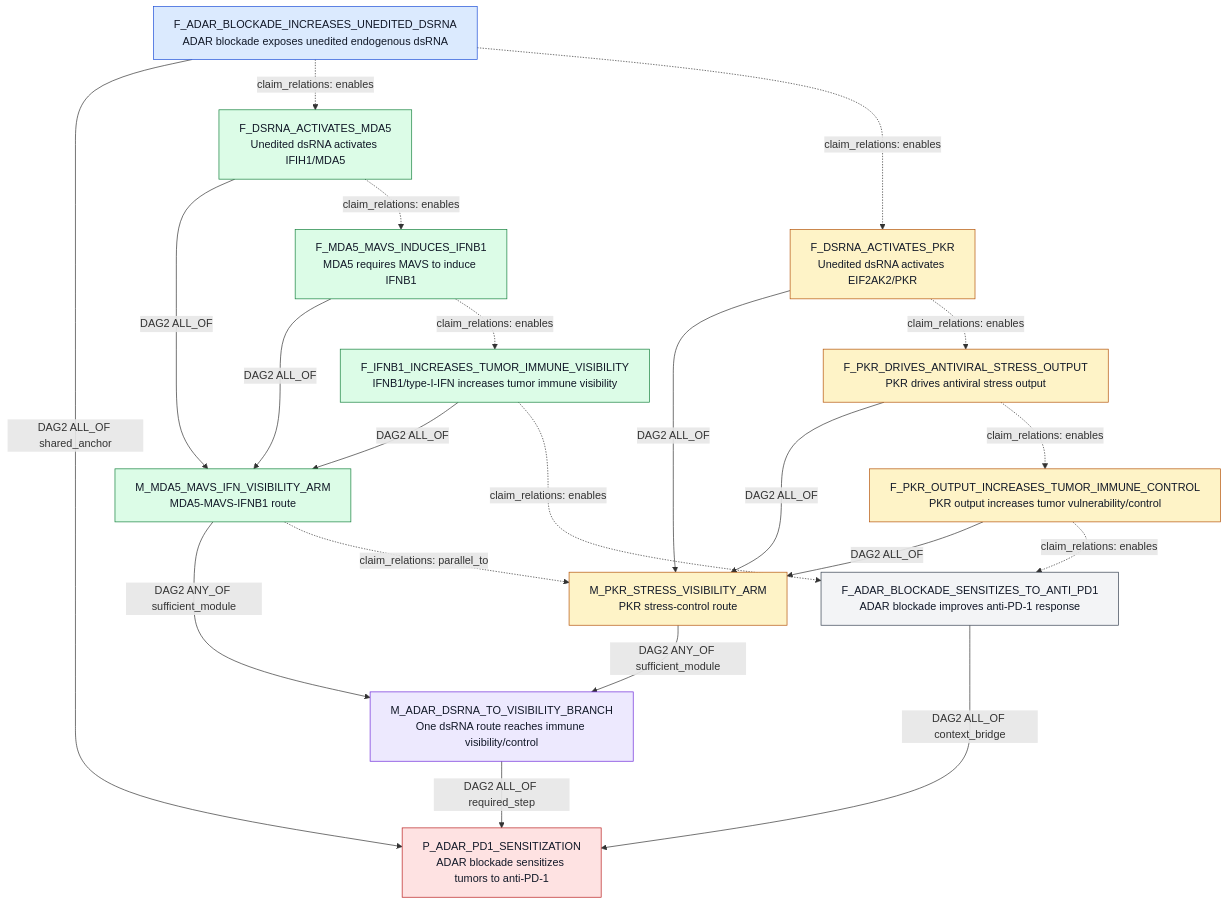
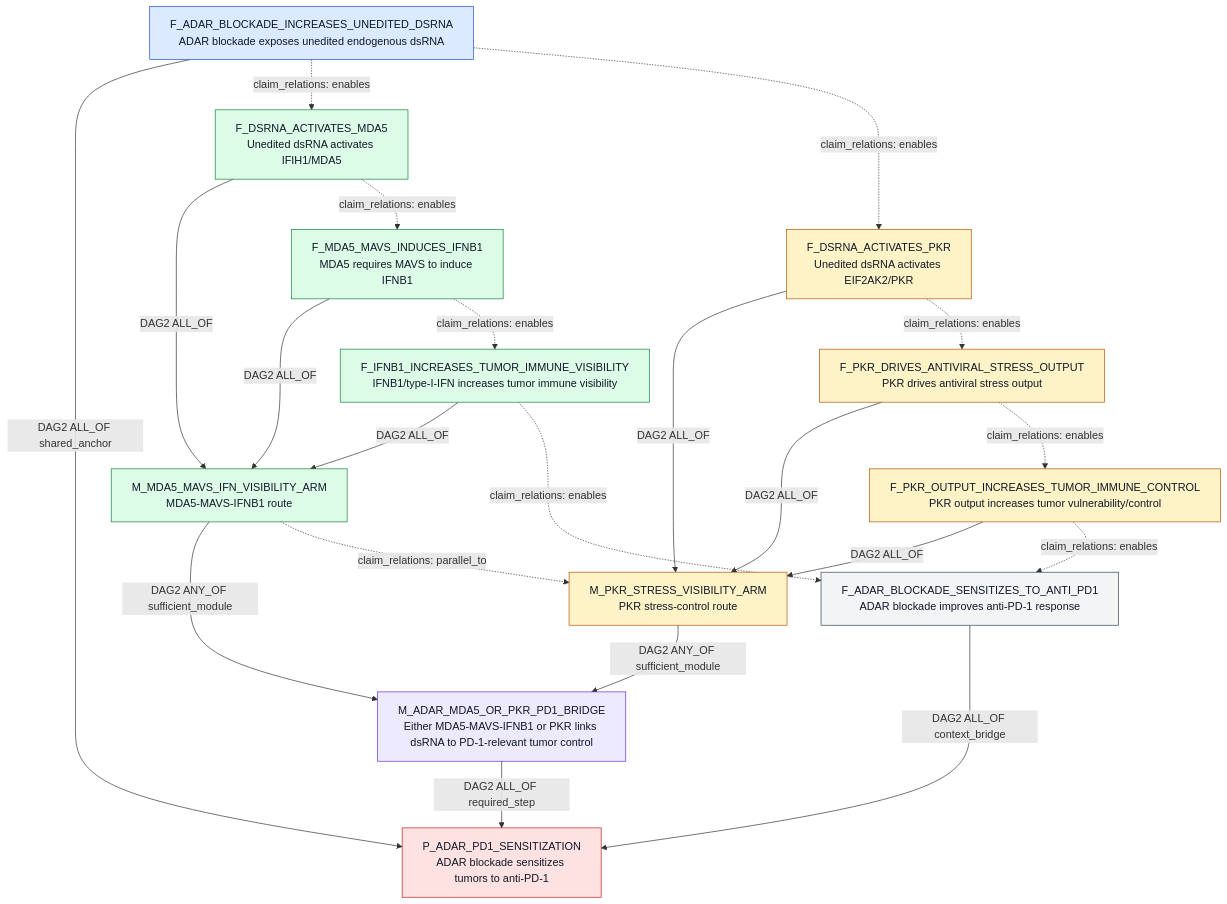
Before and after one commit to eliannaqk/bioKG: the first of 4 diagrams in FOCUSED_DAG2_CLAIM_RELATION_EXAMPLES_20260604.md, drawn with Mermaid. The commit also changed other lines of this file, not shown here.

````diff
--- a/FOCUSED_DAG2_CLAIM_RELATION_EXAMPLES_20260604.md
+++ b/FOCUSED_DAG2_CLAIM_RELATION_EXAMPLES_20260604.md
@@ -126,50 +132,50 @@
 ```mermaid
 flowchart TD
   P["P_ADAR_PD1_SENSITIZATION<br/>ADAR blockade sensitizes tumors to anti-PD-1"]
-  SENSOR["M_ADAR_DSRNA_TO_VISIBILITY_BRANCH<br/>One dsRNA route reaches immune visibility/control"]
+  SENSOR["M_ADAR_MDA5_OR_PKR_PD1_BRIDGE<br/>Either MDA5-MAVS-IFNB1 or PKR links dsRNA to PD-1-relevant tumor control"]
   MDA5["M_MDA5_MAVS_IFN_VISIBILITY_ARM<br/>MDA5-MAVS-IFNB1 route"]
   PKR["M_PKR_STRESS_VISIBILITY_ARM<br/>PKR stress-control route"]
   DSRNA["F_ADAR_BLOCKADE_INCREASES_UNEDITED_DSRNA<br/>ADAR blockade exposes unedited endogenous dsRNA"]
   A1["F_DSRNA_ACTIVATES_MDA5<br/>Unedited dsRNA activates IFIH1/MDA5"]
   A2["F_MDA5_MAVS_INDUCES_IFNB1<br/>MDA5 requires MAVS to induce IFNB1"]
   A3["F_IFNB1_INCREASES_TUMOR_IMMUNE_VISIBILITY<br/>IFNB1/type-I-IFN increases tumor immune visibility"]
   B1["F_DSRNA_ACTIVATES_PKR<br/>Unedited dsRNA activates EIF2AK2/PKR"]
   B2["F_PKR_DRIVES_ANTIVIRAL_STRESS_OUTPUT<br/>PKR drives antiviral stress output"]
   B3["F_PKR_OUTPUT_INCREASES_TUMOR_IMMUNE_CONTROL<br/>PKR output increases tumor vulnerability/control"]
   PD1["F_ADAR_BLOCKADE_SENSITIZES_TO_ANTI_PD1<br/>ADAR blockade improves anti-PD-1 response"]
 
   DSRNA -- "DAG2 ALL_OF shared_anchor" --> P
   SENSOR -- "DAG2 ALL_OF required_step" --> P
   PD1 -- "DAG2 ALL_OF context_bridge" --> P
   MDA5 -- "DAG2 ANY_OF sufficient_module" --> SENSOR
   PKR -- "DAG2 ANY_OF sufficient_module" --> SENSOR
   A1 -- "DAG2 ALL_OF" --> MDA5
   A2 -- "DAG2 ALL_OF" --> MDA5
   A3 -- "DAG2 ALL_OF" --> MDA5
   B1 -- "DAG2 ALL_OF" --> PKR
   B2 -- "DAG2 ALL_OF" --> PKR
   B3 -- "DAG2 ALL_OF" --> PKR
 
   DSRNA -. "claim_relations: enables" .-> A1
   DSRNA -. "claim_relations: enables" .-> B1
   A1 -. "claim_relations: enables" .-> A2
   A2 -. "claim_relations: enables" .-> A3
   B1 -. "claim_relations: enables" .-> B2
   B2 -. "claim_relations: enables" .-> B3
   MDA5 -. "claim_relations: parallel_to" .-> PKR
   A3 -. "claim_relations: enables" .-> PD1
   B3 -. "claim_relations: enables" .-> PD1
 
   classDef parent fill:#fee2e2,stroke:#b91c1c,color:#111827;
   classDef shared fill:#dbeafe,stroke:#1d4ed8,color:#111827;
   classDef choice fill:#ede9fe,stroke:#6d28d9,color:#111827;
   classDef mda5 fill:#dcfce7,stroke:#15803d,color:#111827;
   classDef pkr fill:#fef3c7,stroke:#b45309,color:#111827;
   classDef endpoint fill:#f3f4f6,stroke:#374151,color:#111827;
   class P parent;
   class DSRNA shared;
   class SENSOR choice;
   class MDA5,A1,A2,A3 mda5;
   class PKR,B1,B2,B3 pkr;
   class PD1 endpoint;
 ```
````
